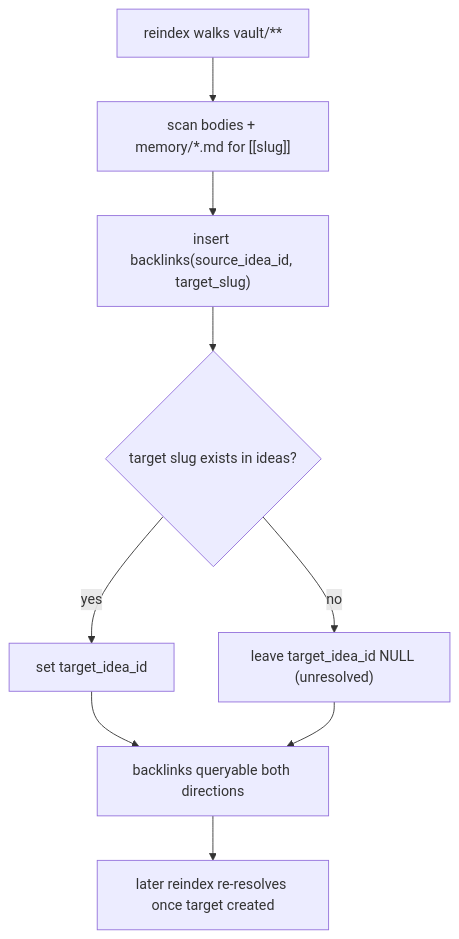
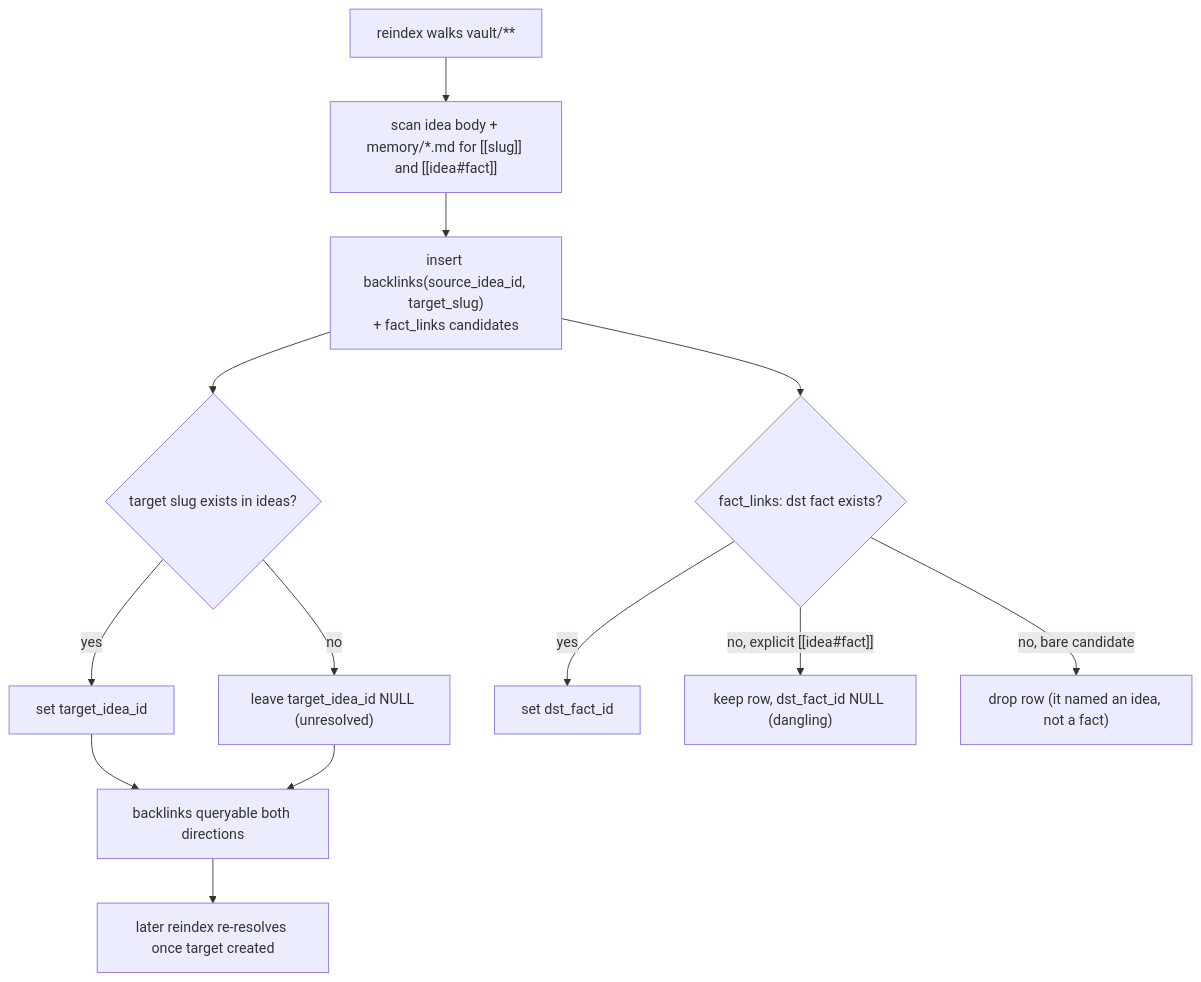
One commit to jasdian/idea-vault changed the third of 3 diagrams in docs/06-concepts/memory.md. Above: the diagram before and after it, drawn with Mermaid. The commit also changed other lines of this file and 11 other files, not shown here.

Commit message:
docs(data-model): fact_links, edges, related block and panel in the design docs

````diff
--- a/docs/06-concepts/memory.md
+++ b/docs/06-concepts/memory.md
@@ -176,11 +176,15 @@
 ```mermaid
 flowchart TD
-    A["reindex walks vault/**"] --> B["scan bodies + memory/*.md for [[slug]]"]
-    B --> C["insert backlinks(source_idea_id, target_slug)"]
+    A["reindex walks vault/**"] --> B["scan idea body + memory/*.md for [[slug]] and [[idea#fact]]"]
+    B --> C["insert backlinks(source_idea_id, target_slug)<br/>+ fact_links candidates"]
     C --> D{"target slug exists in ideas?"}
     D -- yes --> E["set target_idea_id"]
     D -- no --> F["leave target_idea_id NULL (unresolved)"]
     E --> G["backlinks queryable both directions"]
     F --> G
     G --> H["later reindex re-resolves once target created"]
+    C --> I{"fact_links: dst fact exists?"}
+    I -- yes --> J["set dst_fact_id"]
+    I -- "no, explicit [[idea#fact]]" --> K["keep row, dst_fact_id NULL (dangling)"]
+    I -- "no, bare candidate" --> L["drop row (it named an idea, not a fact)"]
 ```
````
